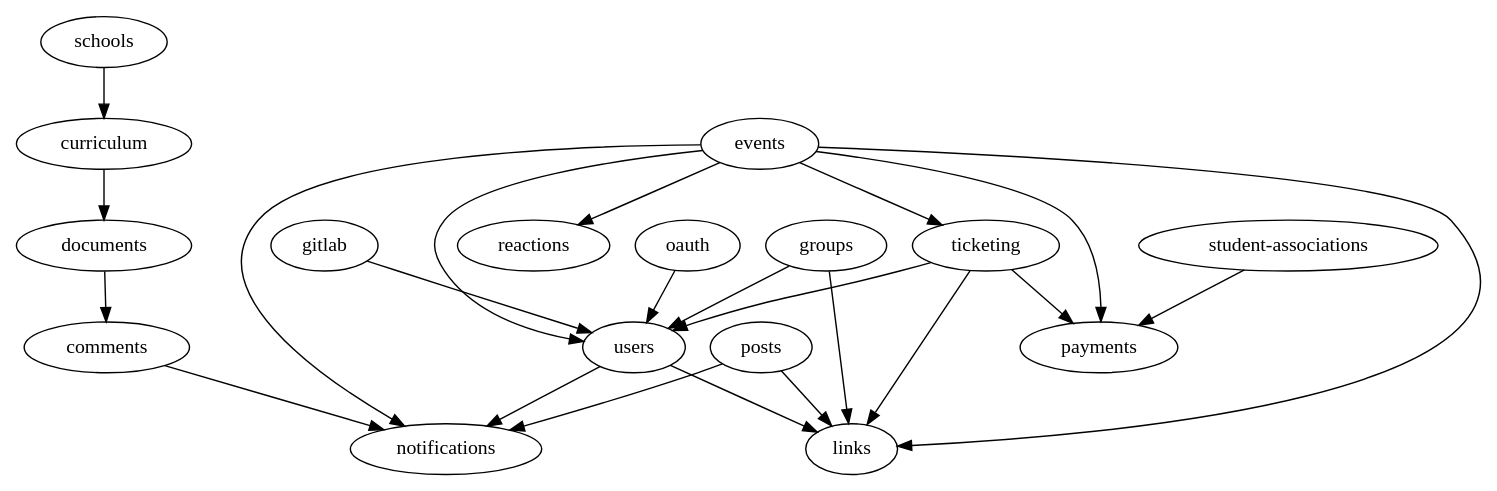
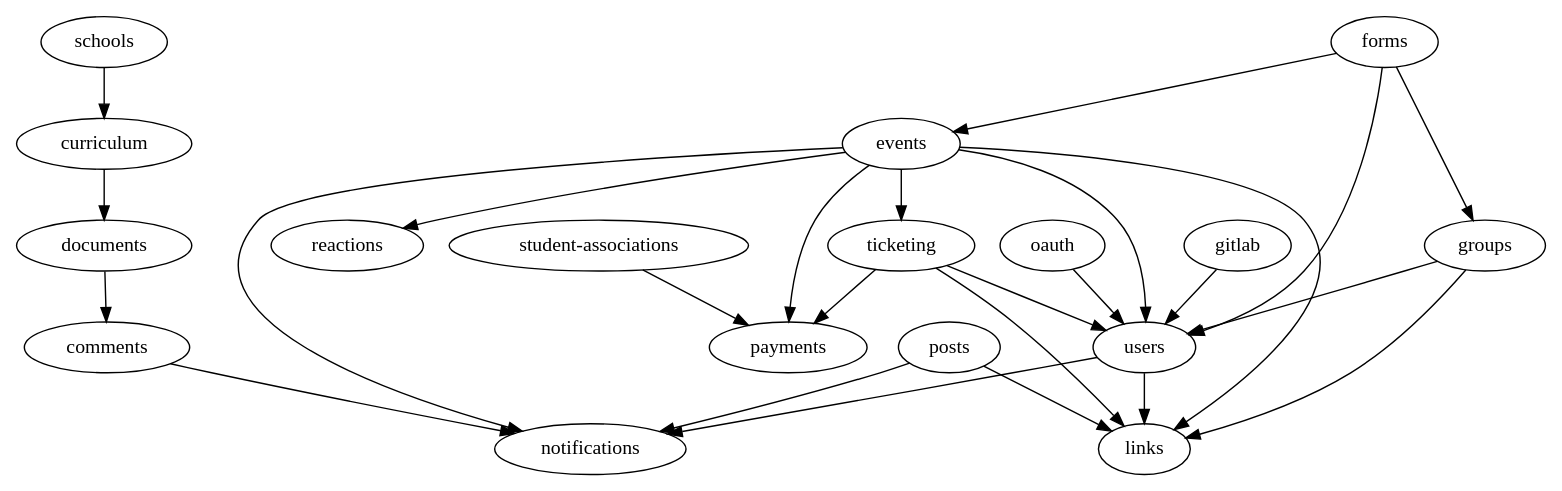
One commit to inp-net/churros changed the diagram in packages/api/scripts/modules-import-graph.dot. Above: the diagram before and after it, drawn with Graphviz. The commit also changed 129 other files, not shown here.

```diff
--- a/packages/api/scripts/modules-import-graph.dot
+++ b/packages/api/scripts/modules-import-graph.dot
@@ -1,24 +1,27 @@
 strict digraph ImportGraph {
     "comments" -> "notifications";
     "curriculum" -> "documents";
     "documents" -> "comments";
+    "events" -> "ticketing";
     "events" -> "notifications";
     "events" -> "users";
     "events" -> "payments";
     "events" -> "reactions";
-    "events" -> "ticketing";
     "events" -> "links";
+    "forms" -> "users";
+    "forms" -> "groups";
+    "forms" -> "events";
     "gitlab" -> "users";
     "groups" -> "links";
     "groups" -> "users";
     "oauth" -> "users";
     "posts" -> "notifications";
     "posts" -> "links";
     "schools" -> "curriculum";
     "student-associations" -> "payments";
     "ticketing" -> "payments";
     "ticketing" -> "links";
     "ticketing" -> "users";
     "users" -> "notifications";
     "users" -> "links";
 }
```
